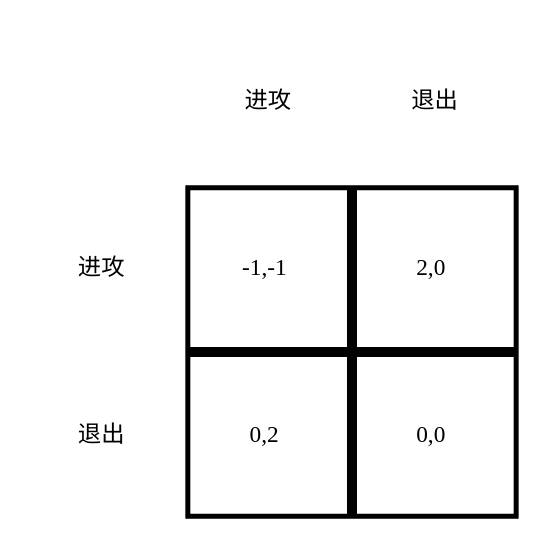
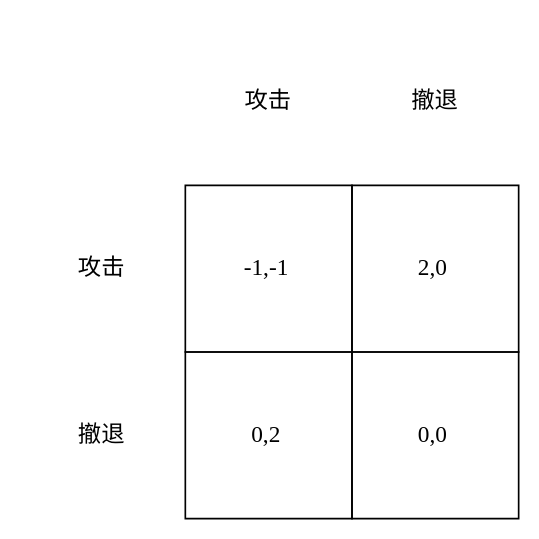
One commit to Binjian/org changed the fifth of 12 diagrams in mode/drl_101.org. Above: the diagram before and after it, drawn with Graphviz. The commit also changed other lines of this file and 6 other files, not shown here.

```diff
--- a/mode/drl_101.org
+++ b/mode/drl_101.org
@@ -112,23 +211,24 @@
 #+begin_src dot :file img/drl101/ne.png
 digraph G {
-    node1 [shape=none, margin=0, label=<
+    node1 [shape=none, margin=0, fontname="LXGW WenKai Mono", label=<
         <TABLE BORDER="0" CELLBORDER="0" CELLSPACING="0" CELLPADDING="0" WIDTH="300" HEIGHT="300">
             <TR>
                 <TD WIDTH="100" HEIGHT="100" BGCOLOR="None"></TD>
-                <TD WIDTH="100" HEIGHT="100" BGCOLOR="None">进攻</TD>
-                <TD WIDTH="100" HEIGHT="100" BGCOLOR="None">退出</TD>
+:w;
+                <TD WIDTH="100" HEIGHT="100" BGCOLOR="None">攻击</TD>
+                <TD WIDTH="100" HEIGHT="100" BGCOLOR="None">撤退</TD>
             </TR>
             <TR>
-                <TD WIDTH="100" HEIGHT="100" BGCOLOR="None">进攻</TD>
-                <TD WIDTH="100" HEIGHT="100" BORDER="3">-1,-1</TD>
-                <TD WIDTH="100" HEIGHT="100" BORDER="3">2,0</TD>
+                <TD WIDTH="100" HEIGHT="100" BGCOLOR="None">攻击</TD>
+                <TD WIDTH="100" HEIGHT="100" BORDER="1">-1,-1</TD>
+                <TD WIDTH="100" HEIGHT="100" BORDER="1">2,0</TD>
             </TR>
             <TR>
-                <TD WIDTH="100" HEIGHT="100" BGCOLOR="None">退出</TD>
-                <TD WIDTH="100" HEIGHT="100" BORDER="3">0,2</TD>
-                <TD WIDTH="100" HEIGHT="100" BORDER="3">0,0</TD>
+                <TD WIDTH="100" HEIGHT="100" BGCOLOR="None">撤退</TD>
+                <TD WIDTH="100" HEIGHT="100" BORDER="1">0,2</TD>
+                <TD WIDTH="100" HEIGHT="100" BORDER="1">0,0</TD>
             </TR>
         </TABLE>
     >];
 }
 #+end_src
```
